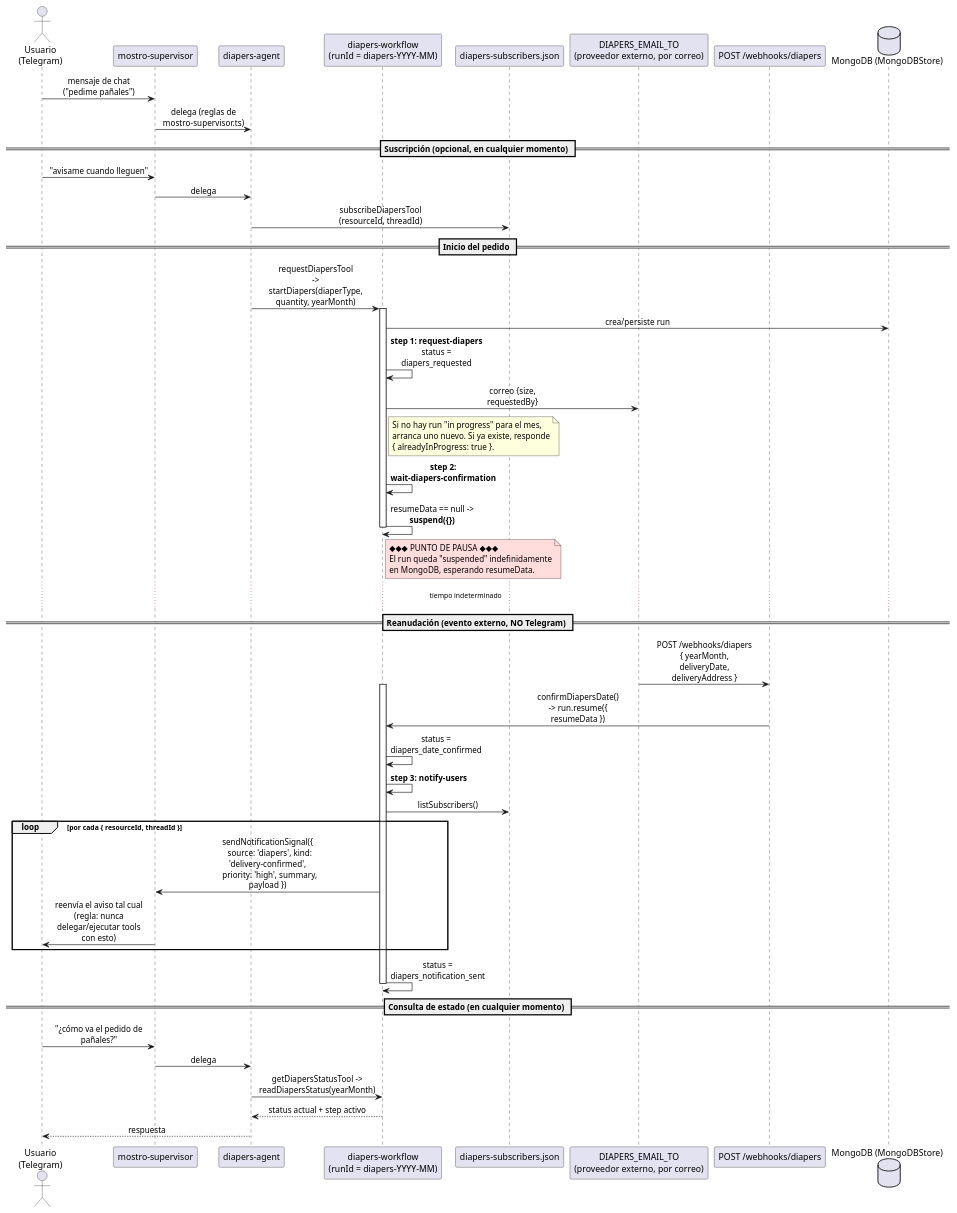
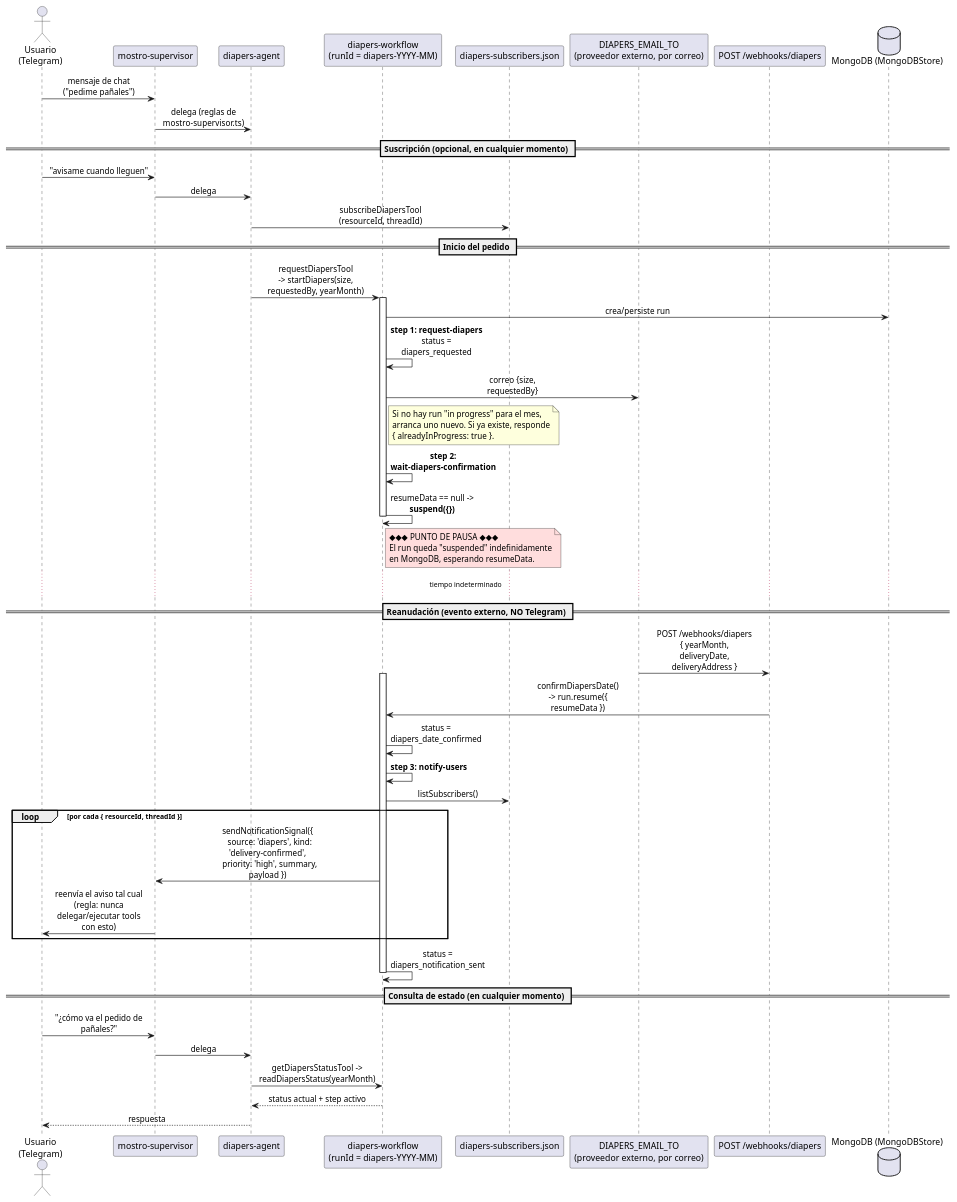
One commit to alex-bluetrain/mostro changed the first of 2 diagrams in diapers-flow.md. Above: the diagram before and after it, drawn with PlantUML. The commit also changed 1 other file, not shown here.

Commit message:
docs: fix stale startDiapers signature and bind the auth script to loopback
diapers-flow.md still showed the old (diaperType, quantity, yearMonth)
signature; startDiapers now takes size and requestedBy.

gmail-authorize.mjs listened on all interfaces, so the OAuth
authorization code could arrive over the LAN during setup. Bind to
127.0.0.1; the redirect URI already points at localhost.

````diff
--- a/diapers-flow.md
+++ b/diapers-flow.md
@@ -7,68 +7,68 @@
 ```plantuml
 @startuml diapers-sequence
 skinparam sequenceMessageAlign center
 skinparam maxMessageSize 160
 
 actor "Usuario\n(Telegram)" as User
 participant "mostro-supervisor" as Supervisor
 participant "diapers-agent" as Agent
 participant "diapers-workflow\n(runId = diapers-YYYY-MM)" as WF
 participant "diapers-subscribers.json" as Subs
 participant "DIAPERS_EMAIL_TO\n(proveedor externo, por correo)" as Provider
 participant "POST /webhooks/diapers" as Webhook
 database "MongoDB (MongoDBStore)" as DB
 
 User -> Supervisor: mensaje de chat\n("pedime pañales")
 Supervisor -> Agent: delega (reglas de mostro-supervisor.ts)
 
 == Suscripción (opcional, en cualquier momento) ==
 User -> Supervisor: "avisame cuando lleguen"
 Supervisor -> Agent: delega
 Agent -> Subs: subscribeDiapersTool\n(resourceId, threadId)
 
 == Inicio del pedido ==
-Agent -> WF: requestDiapersTool\n-> startDiapers(diaperType, quantity, yearMonth)
+Agent -> WF: requestDiapersTool\n-> startDiapers(size, requestedBy, yearMonth)
 activate WF
 WF -> DB: crea/persiste run
 WF -> WF: **step 1: request-diapers**\nstatus = diapers_requested
 WF -> Provider: correo {size, requestedBy}
 note right of WF
   Si no hay run "in progress" para el mes,
   arranca uno nuevo. Si ya existe, responde
   { alreadyInProgress: true }.
 end note
 
 WF -> WF: **step 2: wait-diapers-confirmation**
 WF -> WF: resumeData == null -> **suspend({})**
 note right of WF #FFDDDD
   ◆◆◆ PUNTO DE PAUSA ◆◆◆
   El run queda "suspended" indefinidamente
   en MongoDB, esperando resumeData.
 end note
 deactivate WF
 
 ... tiempo indeterminado ...
 
 == Reanudación (evento externo, NO Telegram) ==
 Provider -> Webhook: POST /webhooks/diapers\n{ yearMonth, deliveryDate, deliveryAddress }
 activate WF
 Webhook -> WF: confirmDiapersDate()\n-> run.resume({ resumeData })
 WF -> WF: status = diapers_date_confirmed
 
 WF -> WF: **step 3: notify-users**
 WF -> Subs: listSubscribers()
 loop por cada { resourceId, threadId }
   WF -> Supervisor: sendNotificationSignal({\n  source: 'diapers', kind: 'delivery-confirmed',\n  priority: 'high', summary, payload })
   Supervisor -> User: reenvía el aviso tal cual\n(regla: nunca delegar/ejecutar tools con esto)
 end
 WF -> WF: status = diapers_notification_sent
 deactivate WF
 
 == Consulta de estado (en cualquier momento) ==
 User -> Supervisor: "¿cómo va el pedido de pañales?"
 Supervisor -> Agent: delega
 Agent -> WF: getDiapersStatusTool -> readDiapersStatus(yearMonth)
 WF --> Agent: status actual + step activo
 Agent --> User: respuesta
 @enduml
 ```
````
